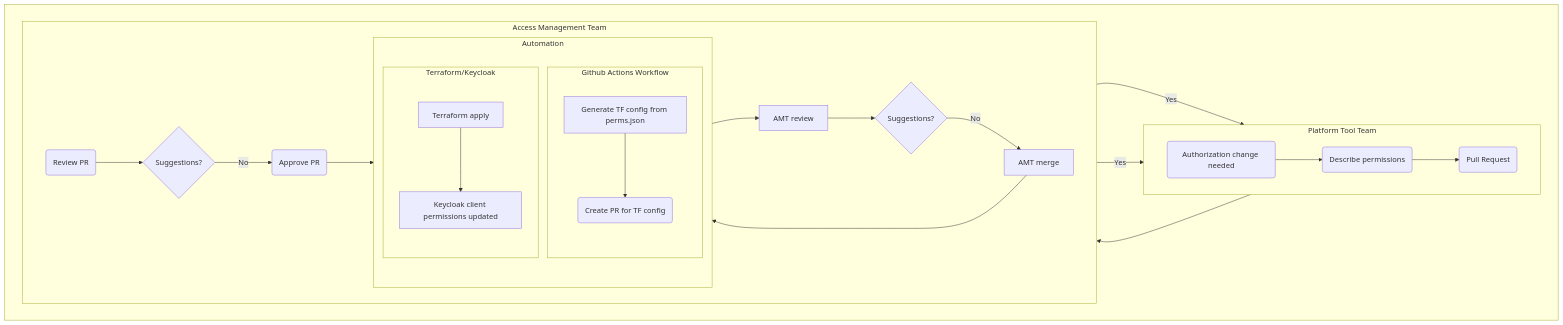
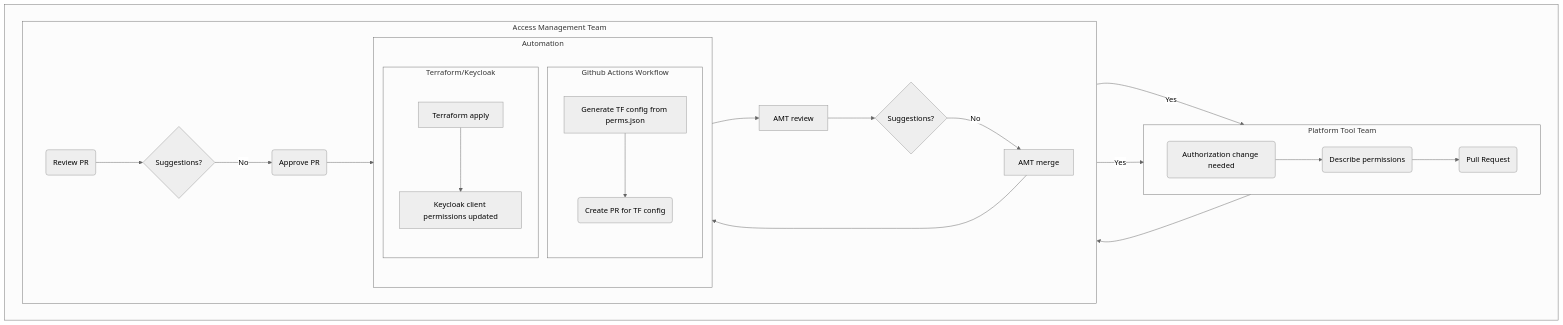
One commit to department-of-veterans-affairs/va.gov-platform-architecture changed the diagram in rfc/2022/2022-06-15 - The permissions lifecycle for platform tools wiill be managed via version control.md. Above: the diagram before and after it, drawn with Mermaid.

Commit message:
Add config

````diff
--- a/rfc/2022/2022-06-15 - The permissions lifecycle for platform tools wiill be managed via version control.md
+++ b/rfc/2022/2022-06-15 - The permissions lifecycle for platform tools wiill be managed via version control.md
@@ -25,46 +25,47 @@
 ```mermaid
+%%{init: { 'theme':'neutral', 'flowchart': {'useMaxWidth':true} } }%%
 flowchart
     subgraph permissions_lifecycle[ ]
         direction LR
         subgraph ptt[Platform Tool Team]
             direction LR
             auth_needed(Authorization change needed)
             desc_perms(Describe permissions)
             pr(Pull Request)
 
             auth_needed --> desc_perms
             desc_perms --> pr
         end
 
         pr --> review
         
         subgraph amt[Access Management Team]
             direction LR
             review(Review PR)
             suggests{Suggestions?}
             approve(Approve PR)
             review --> suggests
             suggests --> |Yes| pr
             suggests --> |No| approve
             approve --> gen_tf
 
             subgraph auto[Automation]
                 direction TB
                 subgraph gha[Github Actions Workflow]
                     gen_tf[Generate TF config from perms.json] --> gha_pr(Create PR for TF config)
                 end
                 
 
                 subgraph tf[Terraform/Keycloak]
                     tf_apply[Terraform apply] --> kc_client_updated[Keycloak client permissions updated]
                 end
             end
            
             gha_pr --> amt_tf_review[AMT review]
             amt_tf_review --> suggests2{Suggestions?}
             suggests2 --> |No| merge[AMT merge]
             suggests2 --> |Yes| pr
             merge --> tf_apply
       end
     end
 ```
````
